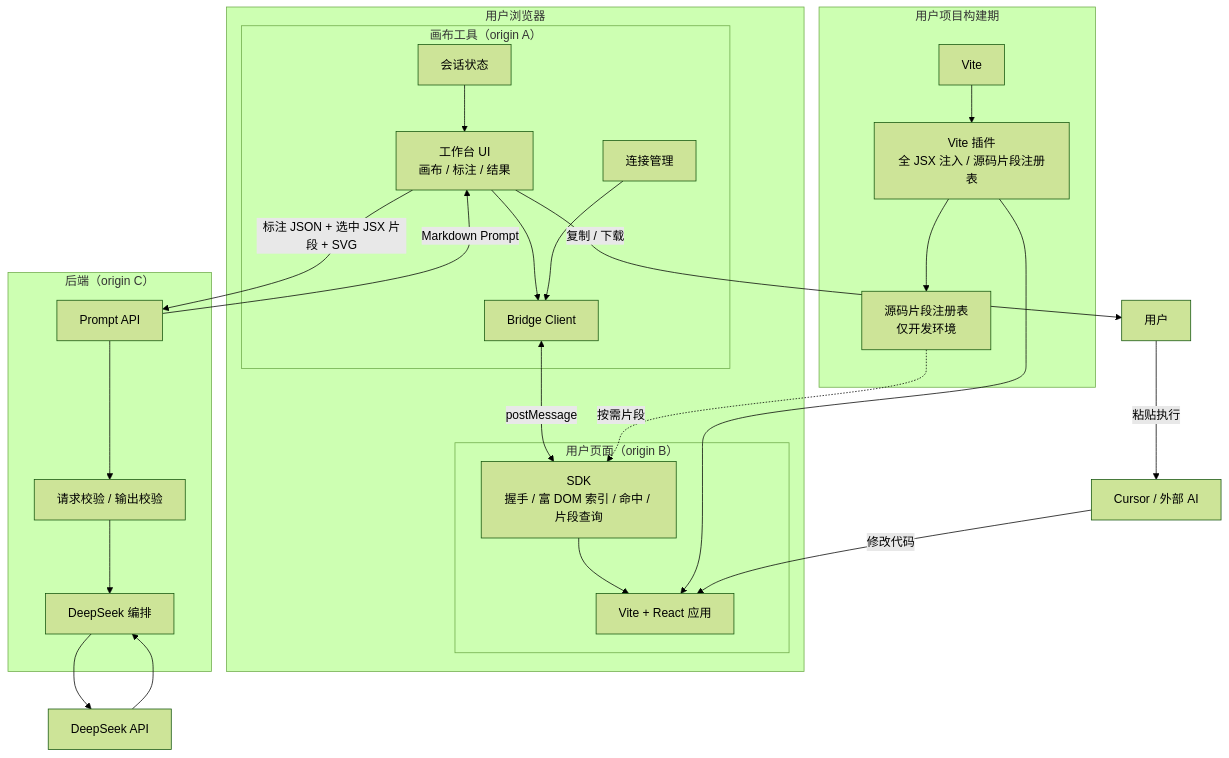
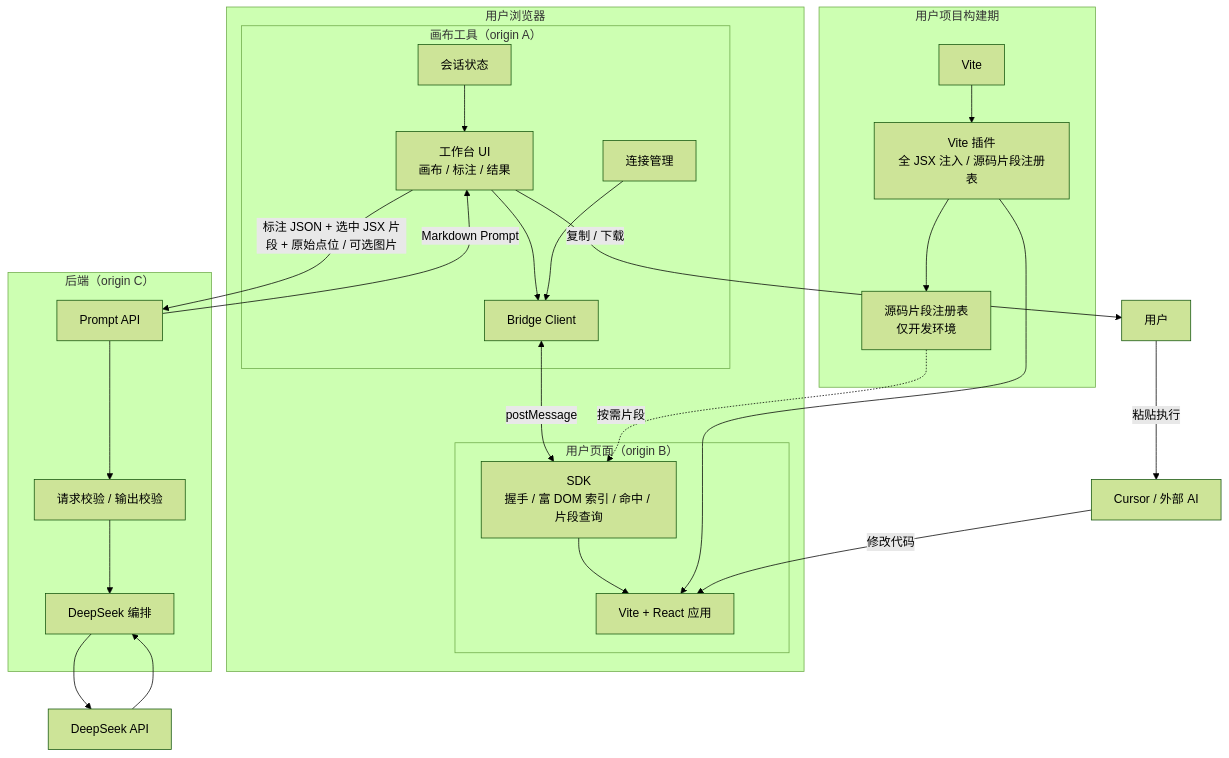
One commit to Cai199999/vibe-app changed the first of 8 diagrams in docs/design/02.整体架构设计.md. Above: the diagram before and after it, drawn with Mermaid (forest theme). The commit also changed other lines of this file and 5 other files, not shown here.

````diff
--- a/docs/design/02.整体架构设计.md
+++ b/docs/design/02.整体架构设计.md
@@ -55,46 +55,46 @@
 ```mermaid
 flowchart TB
     subgraph UserBrowser["用户浏览器"]
         subgraph Host["画布工具（origin A）"]
             UI["工作台 UI<br/>画布 / 标注 / 结果"]
             CONN["连接管理"]
             BRIDGE["Bridge Client"]
             STATE["会话状态"]
         end
 
         subgraph Frame["用户页面（origin B）"]
             APP["Vite + React 应用"]
             SDK["SDK<br/>握手 / 富 DOM 索引 / 命中 / 片段查询"]
         end
 
         UI --> BRIDGE
         CONN --> BRIDGE
         STATE --> UI
         BRIDGE <-->|"postMessage"| SDK
         SDK --> APP
     end
 
     subgraph Service["后端（origin C）"]
         API["Prompt API"]
         VALID["请求校验 / 输出校验"]
         ORCH["DeepSeek 编排"]
         API --> VALID --> ORCH
     end
 
     subgraph Build["用户项目构建期"]
         VITE["Vite"]
         PLUGIN["Vite 插件<br/>全 JSX 注入 / 源码片段注册表"]
         REG["源码片段注册表<br/>仅开发环境"]
         VITE --> PLUGIN --> APP
         PLUGIN --> REG
         REG -.->|"按需片段"| SDK
     end
 
-    UI -->|"标注 JSON + 选中 JSX 片段 + SVG"| API
+    UI -->|"标注 JSON + 选中 JSX 片段 + 原始点位 / 可选图片"| API
     ORCH --> DS["DeepSeek API"]
     DS --> ORCH
     API -->|"Markdown Prompt"| UI
     UI -->|"复制 / 下载"| USER["用户"]
     USER -->|"粘贴执行"| CURSOR["Cursor / 外部 AI"]
     CURSOR -->|"修改代码"| APP
 ```
````
